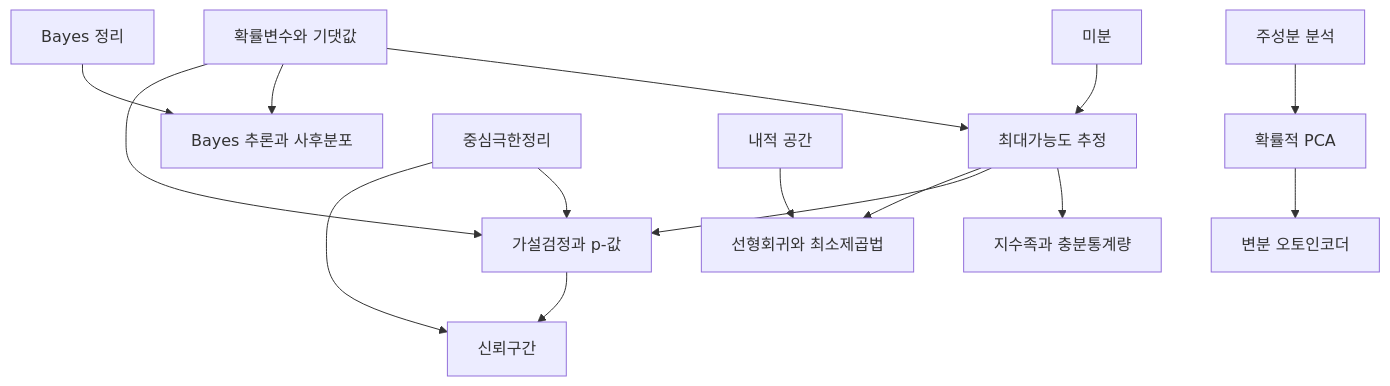
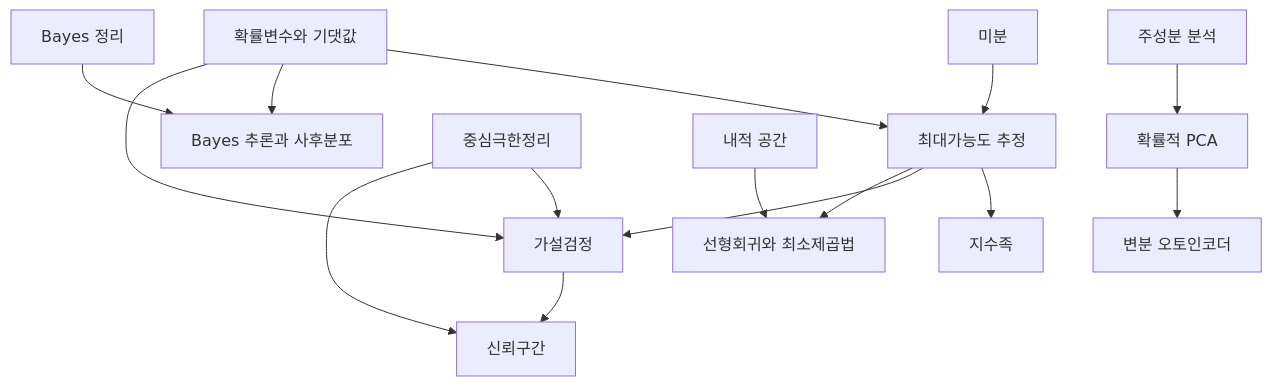
The diagram in docs/statistics-overview.md (Phryxia/math-map), drawn with Mermaid before and after one commit. The commit also changed other lines of this file and 45 other files, not shown here.

````diff
--- a/docs/statistics-overview.md
+++ b/docs/statistics-overview.md
@@ -13,17 +13,17 @@
 ```mermaid
 graph TD
   DV["미분"] --> ML["최대가능도 추정"]
   RV["확률변수와 기댓값"] --> ML
-  ML --> EF["지수족과 충분통계량"]
+  ML --> EF["지수족"]
   BY["Bayes 정리"] --> BI["Bayes 추론과 사후분포"]
   RV --> BI
-  ML --> HT["가설검정과 p-값"]
+  ML --> HT["가설검정"]
   RV --> HT
   CLT["중심극한정리"] --> HT
   HT --> CI["신뢰구간"]
   CLT --> CI
   IP["내적 공간"] --> LR["선형회귀와 최소제곱법"]
   ML --> LR
   PCA["주성분 분석"] --> PPCA["확률적 PCA"]
   PPCA --> VAE["변분 오토인코더"]
 ```
````
